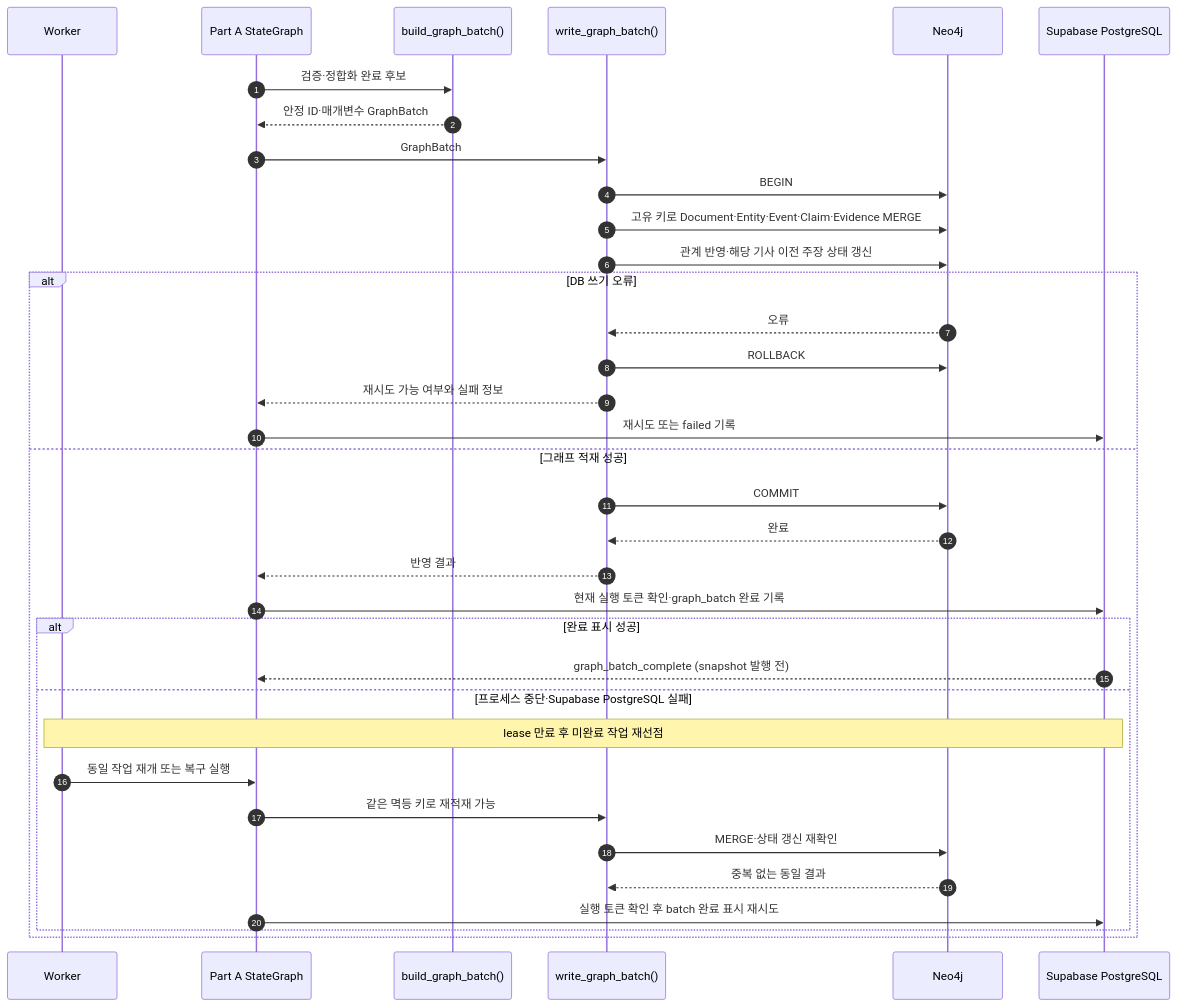
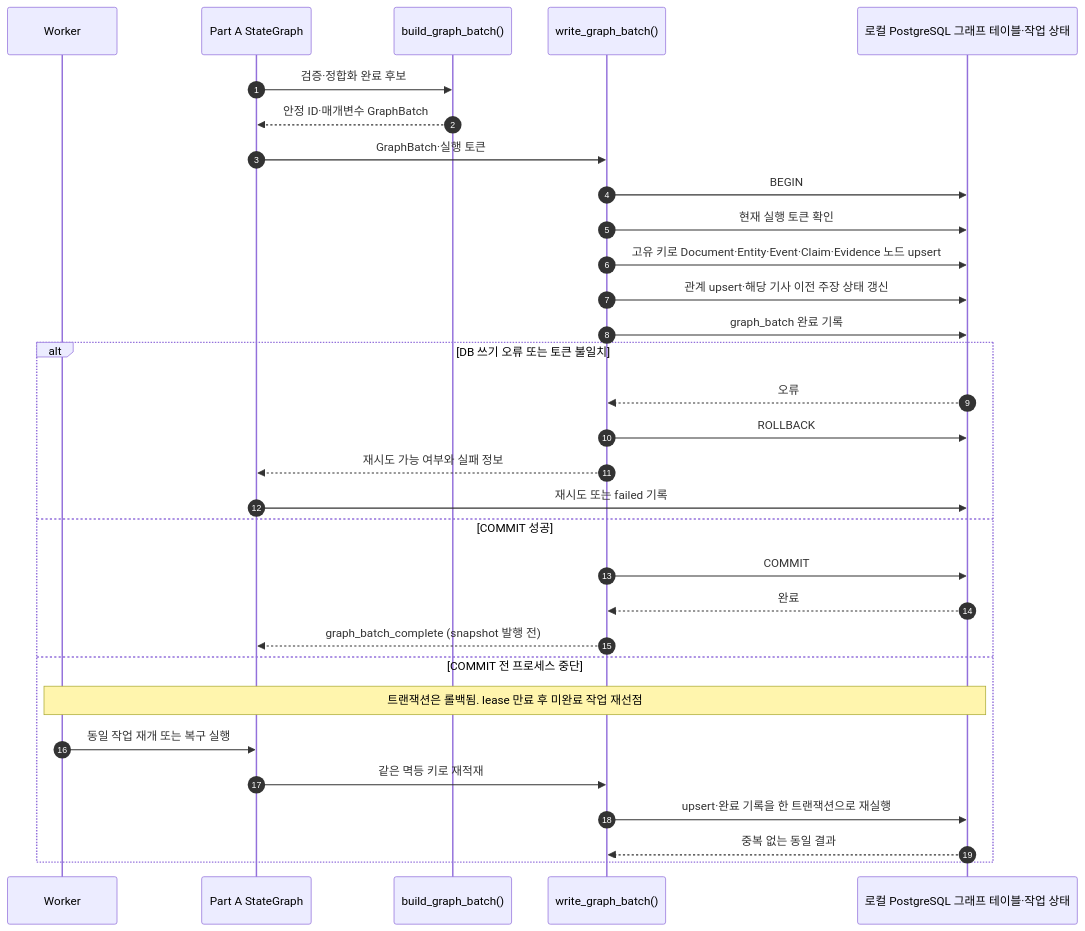
Before and after one commit to mykim711231/NewsContext: the ninth of 17 diagrams in docs/sequences.md, drawn with Mermaid. The commit also changed other lines of this file and 11 other files, not shown here.

First line of the commit message:
docs: store KG in local PostgreSQL graph tables, drop Neo4j

````diff
--- a/docs/sequences.md
+++ b/docs/sequences.md
@@ -339,37 +340,33 @@
 ```mermaid
 sequenceDiagram
     autonumber
     participant Worker as Worker
     participant Flow as Part A StateGraph
     participant Pure as build_graph_batch()
     participant Write as write_graph_batch()
-    participant KG as Neo4j
-    participant DB as Supabase PostgreSQL
+    participant DB as 로컬 PostgreSQL 그래프 테이블·작업 상태
     Flow->>Pure: 검증·정합화 완료 후보
     Pure-->>Flow: 안정 ID·매개변수 GraphBatch
-    Flow->>Write: GraphBatch
-    Write->>KG: BEGIN
-    Write->>KG: 고유 키로 Document·Entity·Event·Claim·Evidence MERGE
-    Write->>KG: 관계 반영·해당 기사 이전 주장 상태 갱신
-    alt DB 쓰기 오류
-        KG-->>Write: 오류
-        Write->>KG: ROLLBACK
+    Flow->>Write: GraphBatch·실행 토큰
+    Write->>DB: BEGIN
+    Write->>DB: 현재 실행 토큰 확인
+    Write->>DB: 고유 키로 Document·Entity·Event·Claim·Evidence 노드 upsert
+    Write->>DB: 관계 upsert·해당 기사 이전 주장 상태 갱신
+    Write->>DB: graph_batch 완료 기록
+    alt DB 쓰기 오류 또는 토큰 불일치
+        DB-->>Write: 오류
+        Write->>DB: ROLLBACK
         Write-->>Flow: 재시도 가능 여부와 실패 정보
         Flow->>DB: 재시도 또는 failed 기록
-    else 그래프 적재 성공
-        Write->>KG: COMMIT
-        KG-->>Write: 완료
-        Write-->>Flow: 반영 결과
-    Flow->>DB: 현재 실행 토큰 확인·graph_batch 완료 기록
-        alt 완료 표시 성공
-            DB-->>Flow: graph_batch_complete (snapshot 발행 전)
-        else 프로세스 중단·Supabase PostgreSQL 실패
-            Note over Worker,DB: lease 만료 후 미완료 작업 재선점
-            Worker->>Flow: 동일 작업 재개 또는 복구 실행
-            Flow->>Write: 같은 멱등 키로 재적재 가능
-            Write->>KG: MERGE·상태 갱신 재확인
-            KG-->>Write: 중복 없는 동일 결과
-            Flow->>DB: 실행 토큰 확인 후 batch 완료 표시 재시도
-        end
+    else COMMIT 성공
+        Write->>DB: COMMIT
+        DB-->>Write: 완료
+        Write-->>Flow: graph_batch_complete (snapshot 발행 전)
+    else COMMIT 전 프로세스 중단
+        Note over Worker,DB: 트랜잭션은 롤백됨. lease 만료 후 미완료 작업 재선점
+        Worker->>Flow: 동일 작업 재개 또는 복구 실행
+        Flow->>Write: 같은 멱등 키로 재적재
+        Write->>DB: upsert·완료 기록을 한 트랜잭션으로 재실행
+        DB-->>Write: 중복 없는 동일 결과
     end
 ```
````
